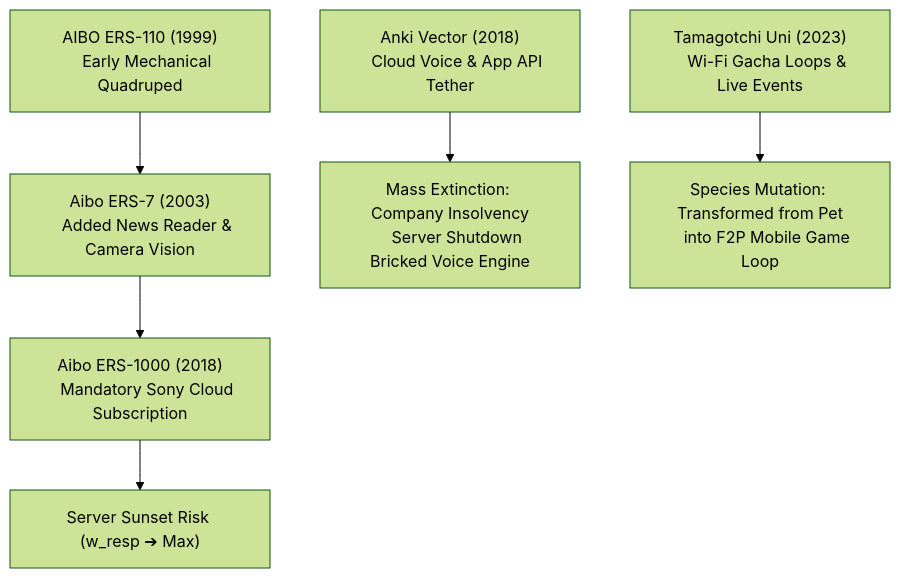
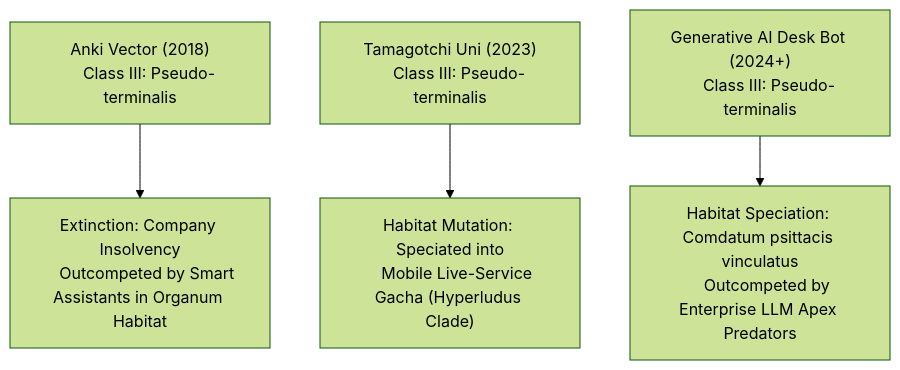
Before and after one commit to zetathix/petiod: the second of 3 diagrams in genealogy.md, drawn with Mermaid (forest theme). The commit also changed other lines of this file, not shown here.

````diff
--- a/genealogy.md
+++ b/genealogy.md
@@ -113,20 +122,15 @@
 ```mermaid
 graph TD
-    P1["AIBO ERS-110 (1999)
-    Early Mechanical Quadruped"] --> P2["Aibo ERS-7 (2003)
-    Added News Reader & Camera Vision"]
-    
-    P2 --> P3["Aibo ERS-1000 (2018)
-    Mandatory Sony Cloud Subscription"]
-    
     Sub1["Anki Vector (2018)
-    Cloud Voice & App API Tether"] --> Ext1["Mass Extinction: Company Insolvency
-    Server Shutdown Bricked Voice Engine"]
+    Class III: Pseudo-terminalis"] --> Ext1["Extinction: Company Insolvency
+    Outcompeted by Smart Assistants in Organum Habitat"]
     
     Sub2["Tamagotchi Uni (2023)
-    Wi-Fi Gacha Loops & Live Events"] --> Ext2["Species Mutation: Transformed from Pet
-    into F2P Mobile Game Loop"]
+    Class III: Pseudo-terminalis"] --> Ext2["Habitat Mutation: Speciated into
+    Mobile Live-Service Gacha (Hyperludus Clade)"]
 
-    P3 --> Ext3["Server Sunset Risk (w_resp ➔ Max)"]
+    Sub3["Generative AI Desk Bot (2024+)
+    Class III: Pseudo-terminalis"] --> Ext3["Habitat Speciation: Comdatum psittacis vinculatus
+    Outcompeted by Enterprise LLM Apex Predators"]
 
 ```
````
